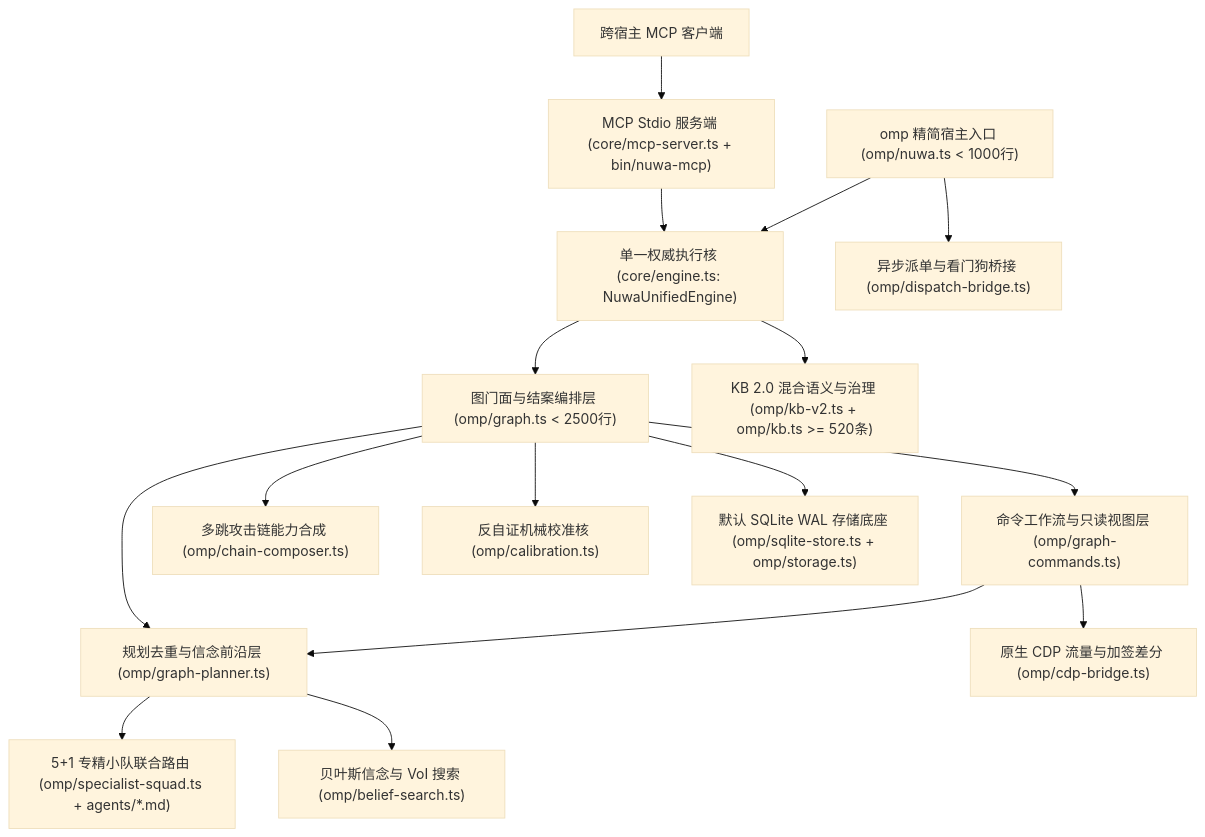
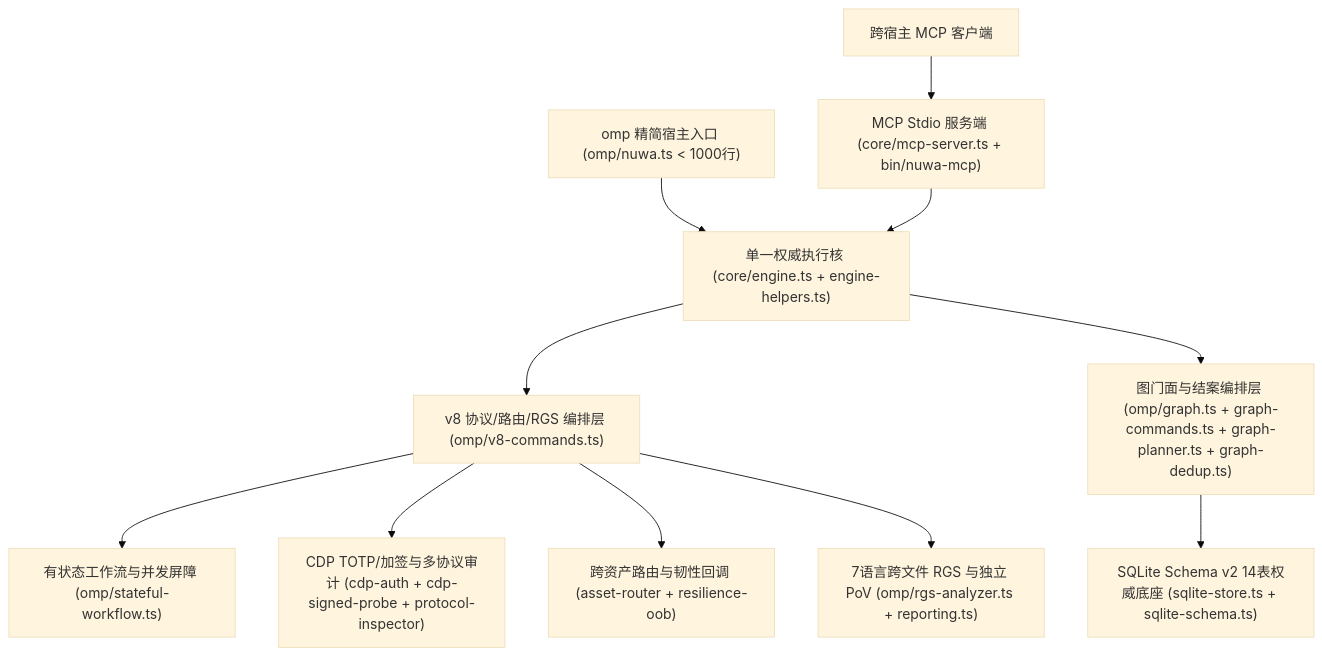
The diagram in docs/ARCHITECTURE.md (86cloudyun-afk/pi-nuwa), drawn with Mermaid (base theme) before and after one commit. The commit also changed other lines of this file and 32 other files, not shown here.

````diff
--- a/docs/ARCHITECTURE.md
+++ b/docs/ARCHITECTURE.md
@@ -7,20 +7,15 @@
 ```mermaid
 flowchart TD
-    HostOMP["omp 精简宿主入口 (omp/nuwa.ts < 1000行)"] --> UnifiedEngine["单一权威执行核 (core/engine.ts: NuwaUnifiedEngine)"]
-    HostOMP --> DispatchBridge["异步派单与看门狗桥接 (omp/dispatch-bridge.ts)"]
+    HostOMP["omp 精简宿主入口 (omp/nuwa.ts < 1000行)"] --> UnifiedEngine["单一权威执行核 (core/engine.ts + engine-helpers.ts)"]
     HostMCP["跨宿主 MCP 客户端"] --> MCPServer["MCP Stdio 服务端 (core/mcp-server.ts + bin/nuwa-mcp)"]
     MCPServer --> UnifiedEngine
 
-    UnifiedEngine --> GraphFacade["图门面与结案编排层 (omp/graph.ts < 2500行)"]
-    GraphFacade --> GraphCmd["命令工作流与只读视图层 (omp/graph-commands.ts)"]
-    GraphCmd --> GraphPlan["规划去重与信念前沿层 (omp/graph-planner.ts)"]
-    GraphFacade --> GraphPlan
+    UnifiedEngine --> V8Cmd["v8 协议/路由/RGS 编排层 (omp/v8-commands.ts)"]
+    UnifiedEngine --> GraphFacade["图门面与结案编排层 (omp/graph.ts + graph-commands.ts + graph-planner.ts + graph-dedup.ts)"]
 
-    GraphPlan --> Squad["5+1 专精小队联合路由 (omp/specialist-squad.ts + agents/*.md)"]
-    UnifiedEngine --> KBv2["KB 2.0 混合语义与治理 (omp/kb-v2.ts + omp/kb.ts >= 520条)"]
-    GraphFacade --> Chains["多跳攻击链能力合成 (omp/chain-composer.ts)"]
-    GraphCmd --> CDP["原生 CDP 流量与加签差分 (omp/cdp-bridge.ts)"]
-    GraphPlan --> Belief["贝叶斯信念与 VoI 搜索 (omp/belief-search.ts)"]
-    GraphFacade --> Calib["反自证机械校准核 (omp/calibration.ts)"]
-    GraphFacade --> Storage["默认 SQLite WAL 存储底座 (omp/sqlite-store.ts + omp/storage.ts)"]
+    V8Cmd --> Stateful["有状态工作流与并发屏障 (omp/stateful-workflow.ts)"]
+    V8Cmd --> ProtoStack["CDP TOTP/加签与多协议审计 (cdp-auth + cdp-signed-probe + protocol-inspector)"]
+    V8Cmd --> PivotOob["跨资产路由与韧性回调 (asset-router + resilience-oob)"]
+    V8Cmd --> RGS["7语言跨文件 RGS 与独立 PoV (omp/rgs-analyzer.ts + reporting.ts)"]
+    GraphFacade --> SqliteV2["SQLite Schema v2 14表权威底座 (sqlite-store.ts + sqlite-schema.ts)"]
 ```
````
